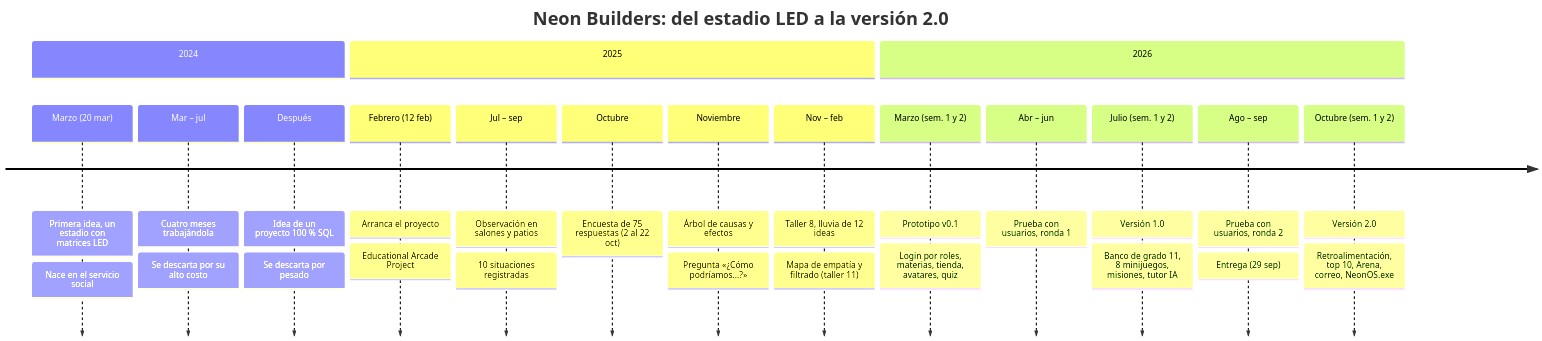
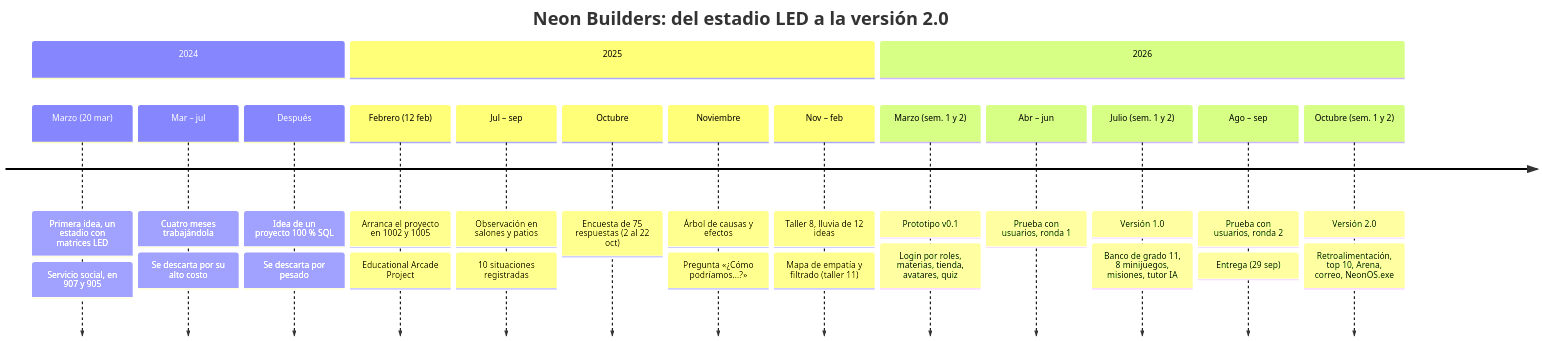
Before and after one commit to excelluij/neon-builders: the first of 2 diagrams in README.md, drawn with Mermaid. The commit also changed other lines of this file and 3 other files, not shown here.

````diff
--- a/README.md
+++ b/README.md
@@ -90,20 +90,20 @@
 ```mermaid
 timeline
     title Neon Builders: del estadio LED a la versión 2.0
     section 2024
-        Marzo (20 mar) : Primera idea, un estadio con matrices LED : Nace en el servicio social
+        Marzo (20 mar) : Primera idea, un estadio con matrices LED : Servicio social, en 907 y 905
         Mar – jul : Cuatro meses trabajándola : Se descarta por su alto costo
         Después : Idea de un proyecto 100 % SQL : Se descarta por pesado
     section 2025
-        Febrero (12 feb) : Arranca el proyecto : Educational Arcade Project
+        Febrero (12 feb) : Arranca el proyecto en 1002 y 1005 : Educational Arcade Project
         Jul – sep : Observación en salones y patios : 10 situaciones registradas
         Octubre : Encuesta de 75 respuestas (2 al 22 oct)
         Noviembre : Árbol de causas y efectos : Pregunta «¿Cómo podríamos…?»
         Nov – feb : Taller 8, lluvia de 12 ideas : Mapa de empatía y filtrado (taller 11)
     section 2026
         Marzo (sem. 1 y 2) : Prototipo v0.1 : Login por roles, materias, tienda, avatares, quiz
         Abr – jun : Prueba con usuarios, ronda 1
         Julio (sem. 1 y 2) : Versión 1.0 : Banco de grado 11, 8 minijuegos, misiones, tutor IA
         Ago – sep : Prueba con usuarios, ronda 2 : Entrega (29 sep)
         Octubre (sem. 1 y 2) : Versión 2.0 : Retroalimentación, top 10, Arena, correo, NeonOS.exe
 ```
````
